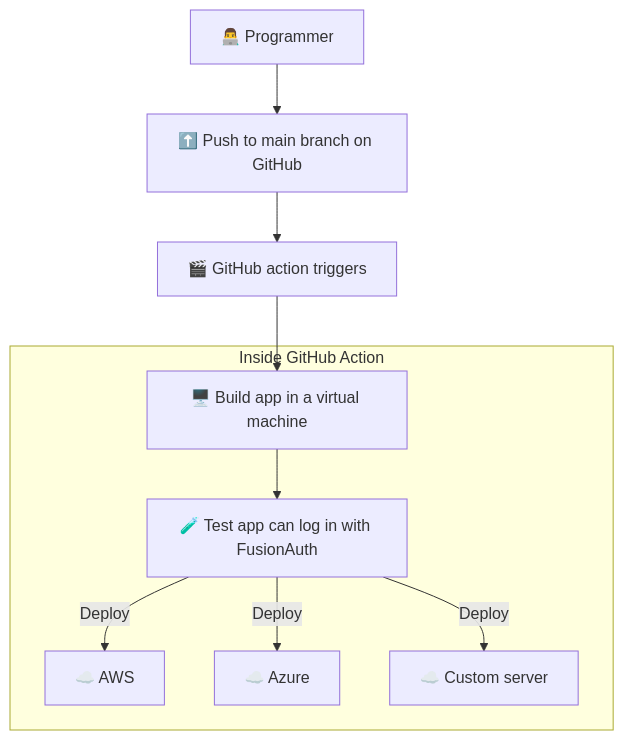
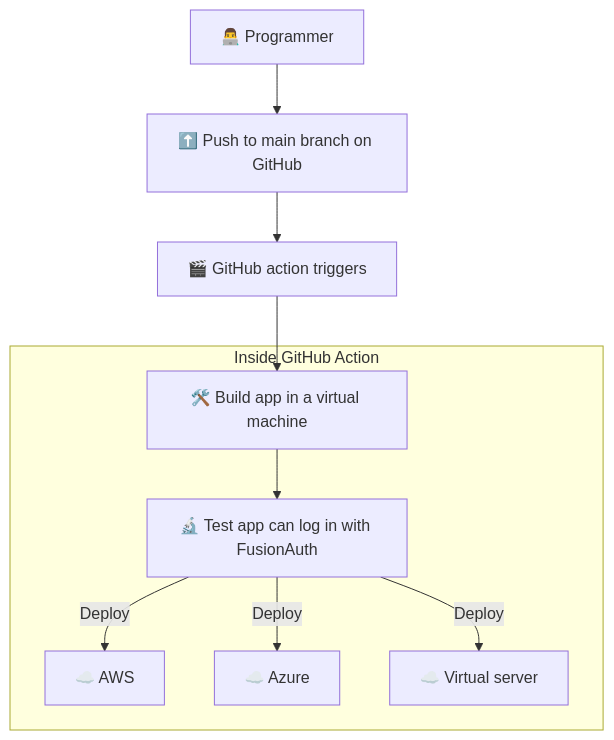
Before and after one commit to FusionAuth/fusionauth-site: the diagram in astro/src/content/docs/get-started/run-in-the-cloud/github_actions.mdx, drawn with Mermaid. The commit also changed other lines of this file, not shown here.

````diff
--- a/astro/src/content/docs/get-started/run-in-the-cloud/github_actions.mdx
+++ b/astro/src/content/docs/get-started/run-in-the-cloud/github_actions.mdx
@@ -51,12 +57,12 @@
 ```mermaid
 graph TD
     1[👨‍💻 Programmer] --> 2[⬆️ Push to main branch on GitHub]
     2 --> 3[🎬 GitHub action triggers]
-    3 --> 4[🖥️ Build app in a virtual machine]
+    3 --> 4[🛠️ Build app in a virtual machine]
     subgraph Inside GitHub Action
-        4 --> 5[🧪 Test app can log in with FusionAuth]
+        4 --> 5[🔬 Test app can log in with FusionAuth]
         5 -- Deploy --> 6[☁️ AWS]
         5 -- Deploy --> 7[☁️ Azure]
-        5 -- Deploy --> 8[☁️ Custom server]
+        5 -- Deploy --> 8[☁️ Virtual server]
     end
 ```
````
